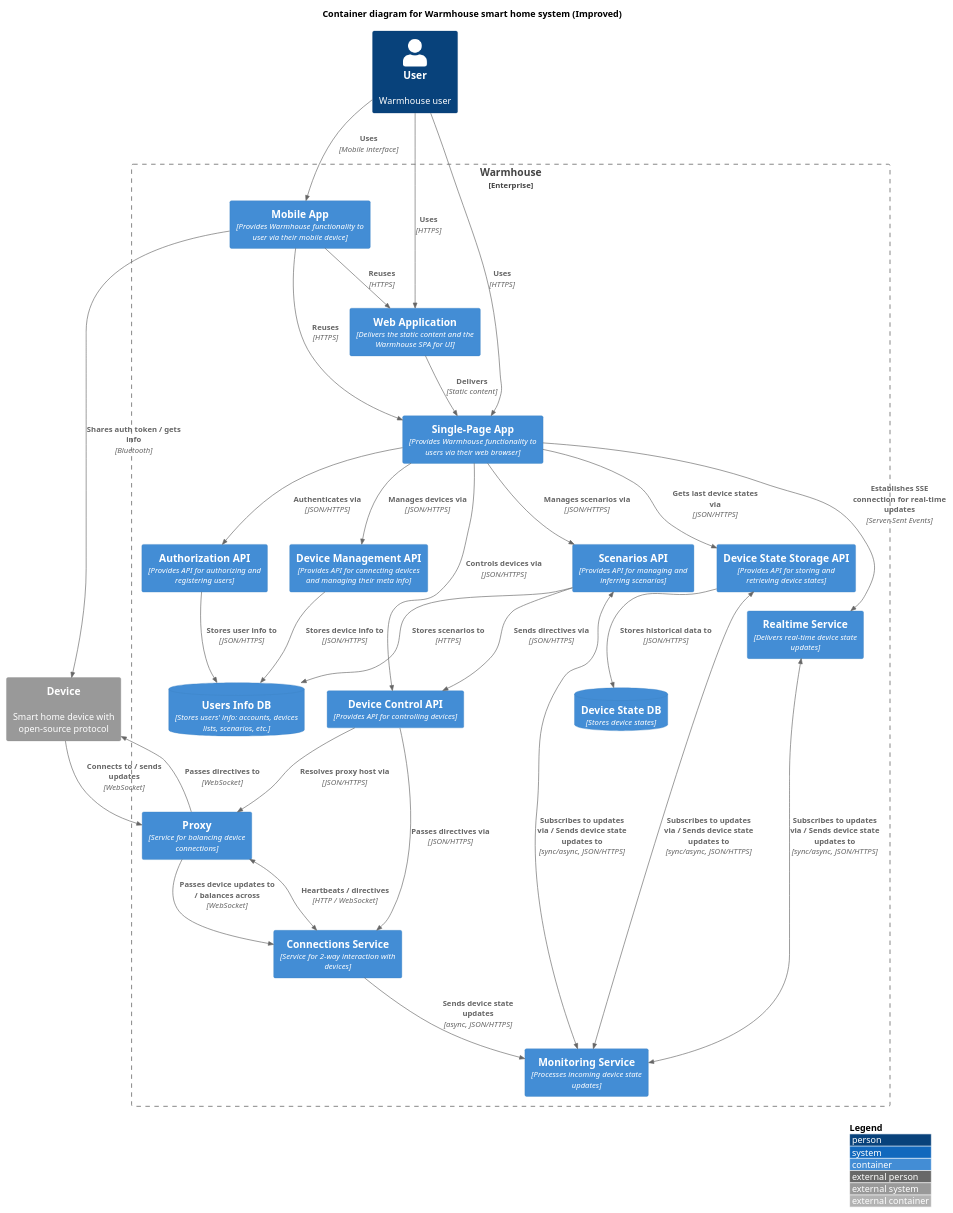
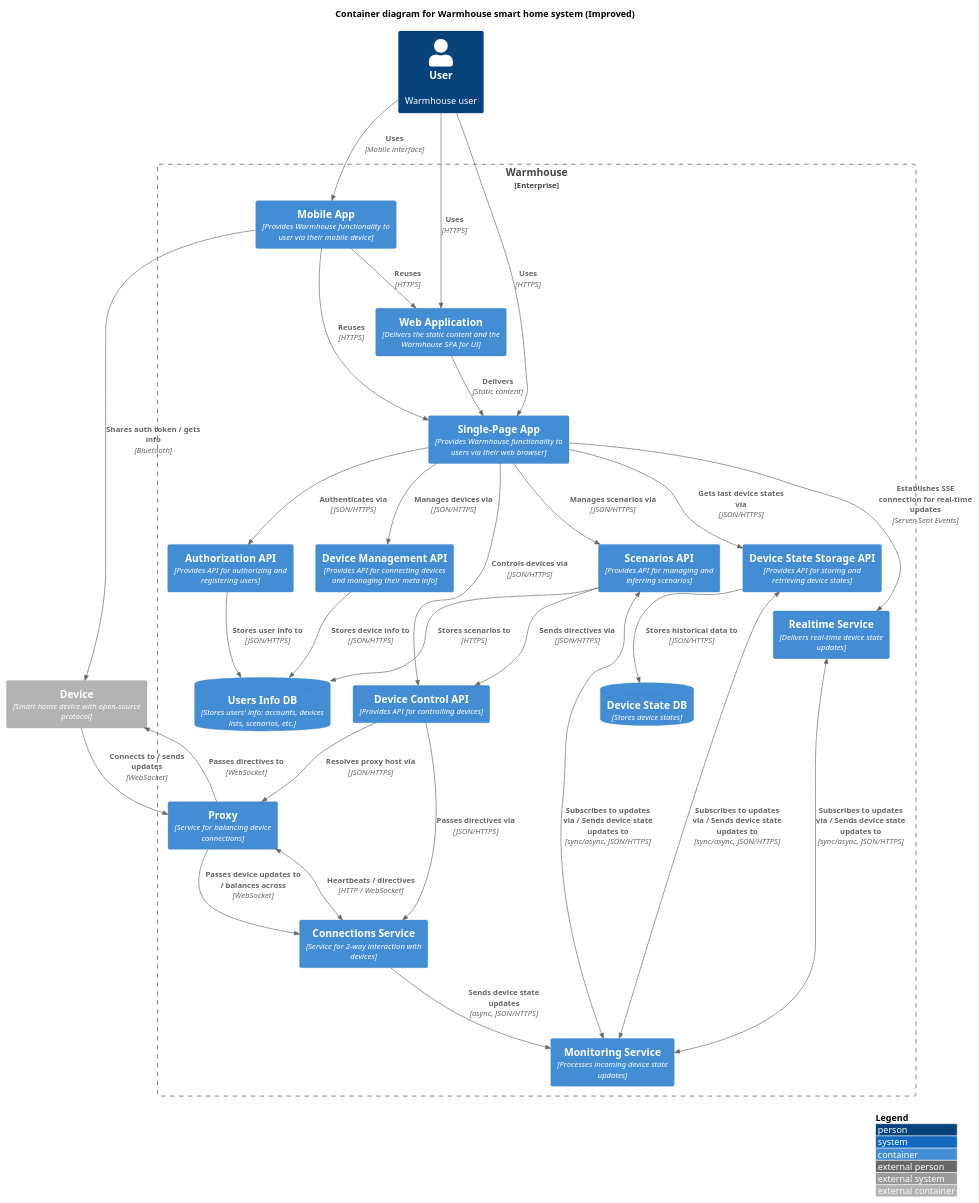
One commit to regu1yar/p1-architecture-warmhouse changed the diagram in diagrams/container/Container.puml. Above: the diagram before and after it, drawn with PlantUML. The commit also changed 7 other files, not shown here.

Commit message:
Refine component diagrams

```diff
--- a/diagrams/container/Container.puml
+++ b/diagrams/container/Container.puml
@@ -1,78 +1,78 @@
 @startuml "Container"
 
 ' !include https://raw.githubusercontent.com/plantuml-stdlib/C4-PlantUML/master/C4_Container.puml
 !include ../common/C4_Container.puml
 
 LAYOUT_WITH_LEGEND()
 
 title Container diagram for Warmhouse smart home system (Improved)
 
 Person(user, "User", "Warmhouse user")
 
-System_Ext(device, "Device", "Smart home device with open-source protocol")
+Container_Ext(device, "Device", "Smart home device with open-source protocol")
 
 Enterprise_Boundary(warmhouse_boundary, "Warmhouse") {
     Container(warmhouse_mobile_app, "Mobile App", "Provides Warmhouse functionality to user via their mobile device")
     Container(warmhouse_web_app, "Web Application", "Delivers the static content and the Warmhouse SPA for UI")
     Container(warmhouse_spa, "Single-Page App", "Provides Warmhouse functionality to users via their web browser")
     
     Container(warmhouse_proxy_service, "Proxy", "Service for balancing device connections")
     Container(warmhouse_connections_service, "Connections Service", "Service for 2-way interaction with devices")
     
     Container(warmhouse_device_control_backend_api, "Device Control API", "Provides API for controlling devices")
     Container(warmhouse_scenarios_backend_api, "Scenarios API", "Provides API for managing and inferring scenarios")
     Container(warmhouse_authorization_backend_api, "Authorization API", "Provides API for authorizing and registering users")
     Container(warmhouse_device_management_backend_api, "Device Management API", "Provides API for connecting devices and managing their meta info")
 
     ContainerDb(warmhouse_users_info_db, "Users Info DB", "Stores users' info: accounts, devices lists, scenarios, etc.")
 
     Container(warmhouse_monitoring_service, "Monitoring Service", "Processes incoming device state updates")
     
     Container(warmhouse_device_state_storage_backend_api, "Device State Storage API", "Provides API for storing and retrieving device states")
     ContainerDb(warmhouse_device_state_db, "Device State DB", "Stores device states")
     
     Container(warmhouse_realtime_service, "Realtime Service", "Delivers real-time device state updates")
 }
 
 Rel(user, warmhouse_web_app, "Uses", "HTTPS")
 Rel(user, warmhouse_spa, "Uses", "HTTPS")
 Rel(user, warmhouse_mobile_app, "Uses", "Mobile interface")
 
 Rel(device, warmhouse_proxy_service, "Connects to / sends updates", "WebSocket")
 
 Rel(warmhouse_mobile_app, device, "Shares auth token / gets info", "Bluetooth")
 Rel(warmhouse_mobile_app, warmhouse_web_app, "Reuses", "HTTPS")
 Rel(warmhouse_mobile_app, warmhouse_spa, "Reuses", "HTTPS")
 
 Rel(warmhouse_web_app, warmhouse_spa, "Delivers", "Static content")
 
 Rel(warmhouse_spa, warmhouse_device_control_backend_api, "Controls devices via", "JSON/HTTPS")
 Rel(warmhouse_spa, warmhouse_scenarios_backend_api, "Manages scenarios via", "JSON/HTTPS")
 Rel(warmhouse_spa, warmhouse_device_state_storage_backend_api, "Gets last device states via", "JSON/HTTPS")
 Rel(warmhouse_spa, warmhouse_realtime_service, "Establishes SSE connection for real-time updates", "Server-Sent Events")
 Rel(warmhouse_spa, warmhouse_authorization_backend_api, "Authenticates via", "JSON/HTTPS")
 Rel(warmhouse_spa, warmhouse_device_management_backend_api, "Manages devices via", "JSON/HTTPS")
 
 Rel(warmhouse_proxy_service, device, "Passes directives to", "WebSocket")
 Rel(warmhouse_proxy_service, warmhouse_connections_service, "Passes device updates to / balances across", "WebSocket")
 
 BiRel(warmhouse_connections_service, warmhouse_proxy_service, "Heartbeats / directives", "HTTP / WebSocket")
 Rel(warmhouse_connections_service, warmhouse_monitoring_service, "Sends device state updates", "async, JSON/HTTPS")
 
 Rel(warmhouse_device_control_backend_api, warmhouse_proxy_service, "Resolves proxy host via", "JSON/HTTPS")
 Rel(warmhouse_device_control_backend_api, warmhouse_connections_service, "Passes directives via", "JSON/HTTPS")
 
 Rel(warmhouse_scenarios_backend_api, warmhouse_device_control_backend_api, "Sends directives via", "JSON/HTTPS")
 Rel(warmhouse_scenarios_backend_api, warmhouse_users_info_db, "Stores scenarios to", "HTTPS")
 BiRel(warmhouse_scenarios_backend_api, warmhouse_monitoring_service, "Subscribes to updates via / Sends device state updates to", "sync/async, JSON/HTTPS")
 
 Rel(warmhouse_device_state_storage_backend_api, warmhouse_device_state_db, "Stores historical data to", "JSON/HTTPS")
 BiRel(warmhouse_device_state_storage_backend_api, warmhouse_monitoring_service, "Subscribes to updates via / Sends device state updates to", "sync/async, JSON/HTTPS")
 
 BiRel(warmhouse_realtime_service, warmhouse_monitoring_service, "Subscribes to updates via / Sends device state updates to", "sync/async, JSON/HTTPS")
 
 Rel(warmhouse_authorization_backend_api, warmhouse_users_info_db, "Stores user info to", "JSON/HTTPS")
 
 Rel(warmhouse_device_management_backend_api, warmhouse_users_info_db, "Stores device info to", "JSON/HTTPS")
 
 @enduml
```
